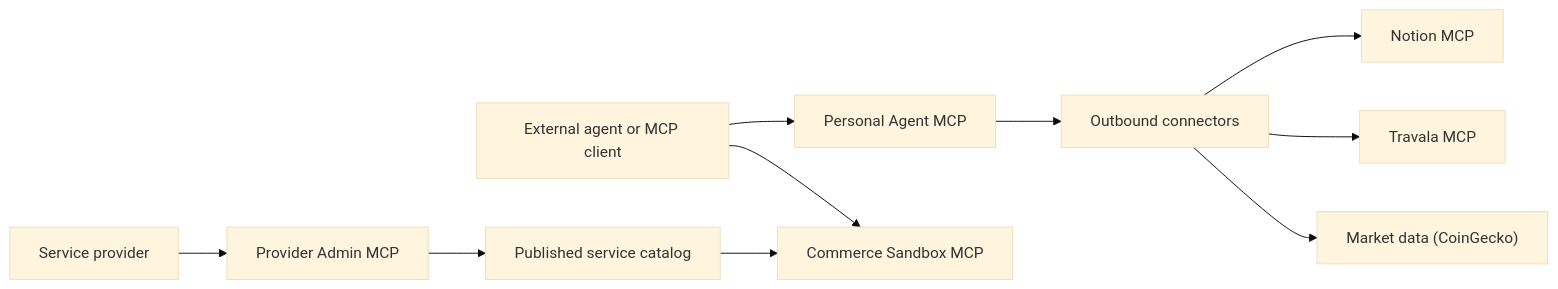
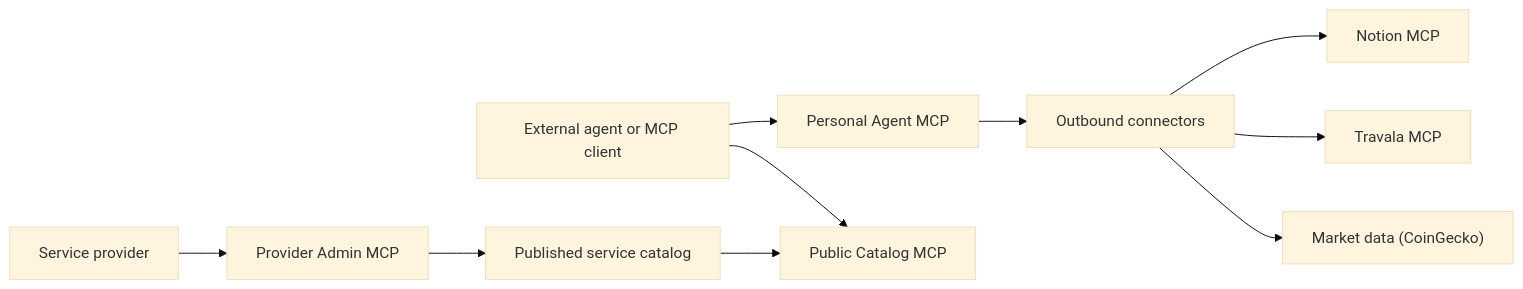
One commit to CaBsCrypto/carmelita changed the first of 3 diagrams in docs/mcp-gateway.md. Above: the diagram before and after it, drawn with Mermaid (base theme). The commit also changed other lines of this file and 16 other files, not shown here.

Commit message:
fix(mvp): preserve branch evidence and restrict public commerce to reads

```diff
--- a/docs/mcp-gateway.md
+++ b/docs/mcp-gateway.md
@@ -7,12 +7,12 @@
 ~~~mermaid
 flowchart LR
     EXT["External agent or MCP client"] --> PERSONAL["Personal Agent MCP"]
-    EXT --> SANDBOX["Commerce Sandbox MCP"]
+    EXT --> SANDBOX["Public Catalog MCP"]
     PROVIDER["Service provider"] --> ADMIN["Provider Admin MCP"]
     ADMIN --> CATALOG["Published service catalog"]
     CATALOG --> SANDBOX
     PERSONAL --> OUTBOUND["Outbound connectors"]
     OUTBOUND --> NOTION["Notion MCP"]
     OUTBOUND --> TRAVALA["Travala MCP"]
     OUTBOUND --> CMC["Market data (CoinGecko)"]
 ~~~
```
